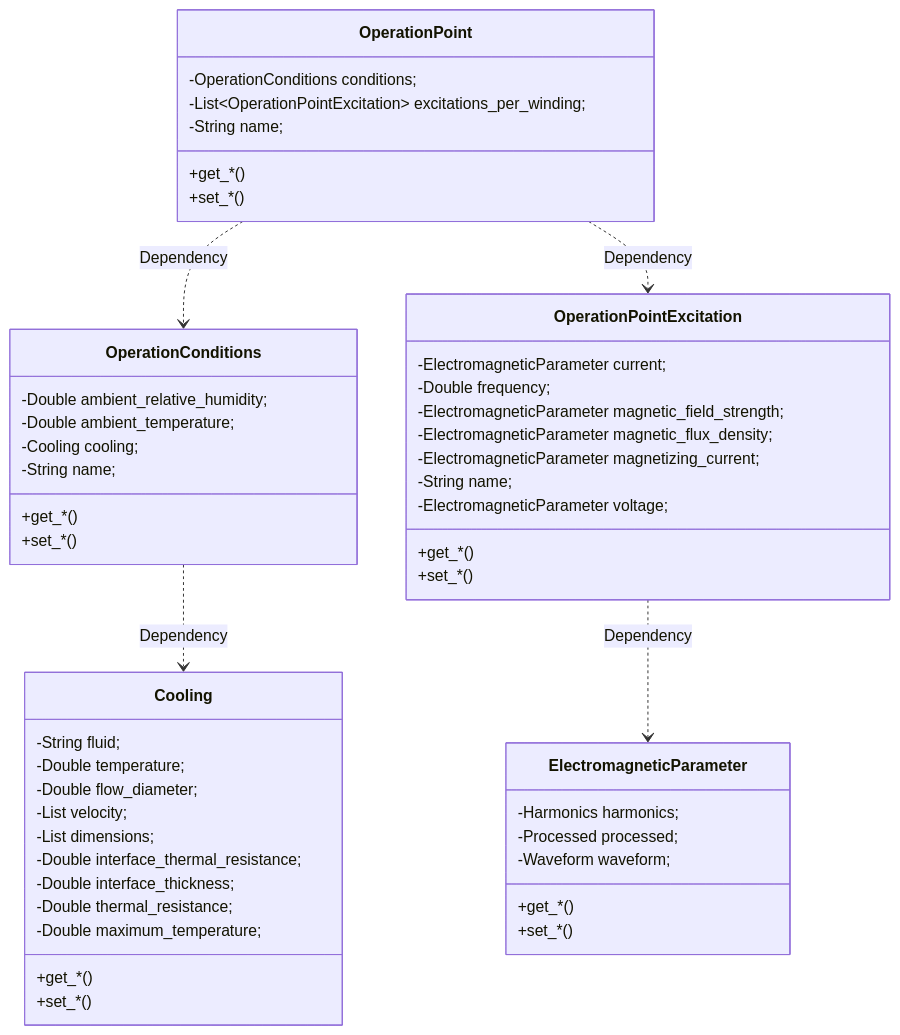
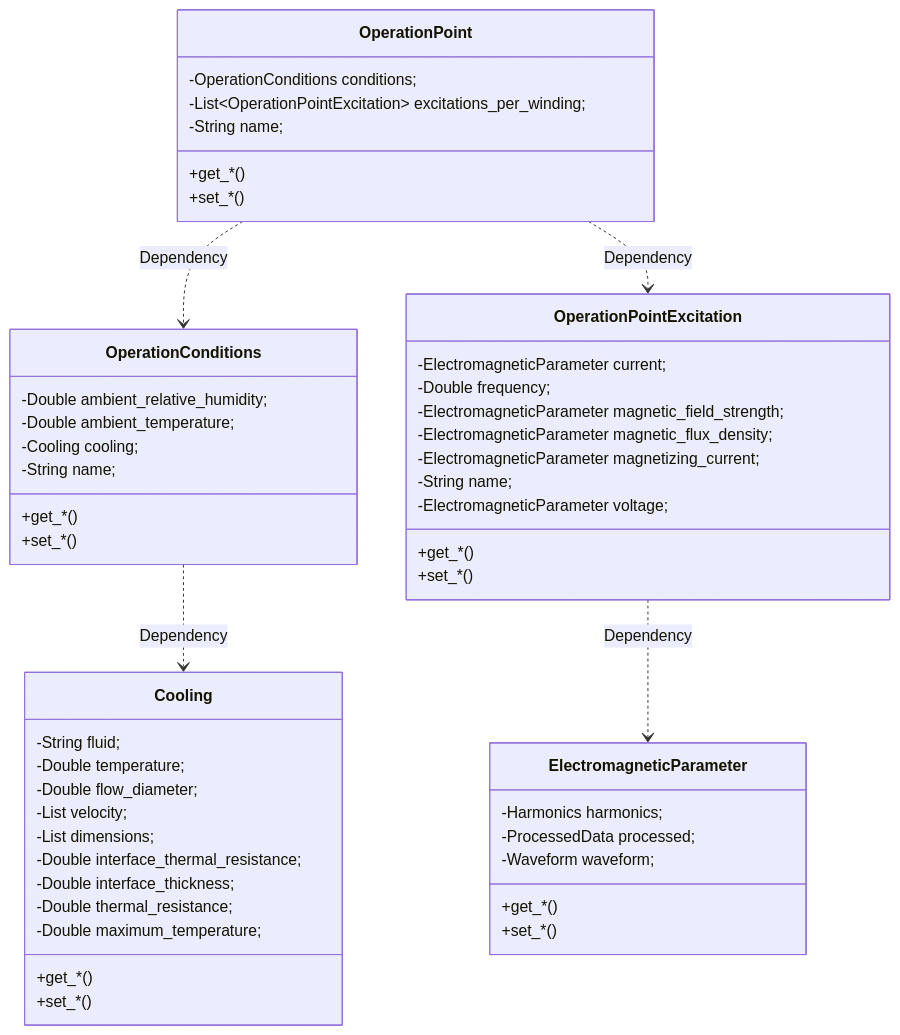
Before and after one commit to OpenMagnetics/MAS: the third of 4 diagrams in docs/inputs.md, drawn with Mermaid. The commit also changed other lines of this file and 13 other files, not shown here.

Commit message:
Renamed winding for coil, and Processed by ProcessedData in inputs

````diff
--- a/docs/inputs.md
+++ b/docs/inputs.md
@@ -225,72 +225,72 @@
 ```mermaid
 
 classDiagram
 
 class OperationPoint {
 
     -OperationConditions conditions;
     -List~OperationPointExcitation~ excitations_per_winding;
     -String name;
 
     +get_*()
     +set_*()
 }
 
 OperationPoint ..> OperationConditions : Dependency
 OperationPoint ..> OperationPointExcitation : Dependency
 
 class OperationConditions {
 
     -Double ambient_relative_humidity;
     -Double ambient_temperature;
     -Cooling cooling;
     -String name;
 
     +get_*()
     +set_*()
 }
 
 OperationConditions ..> Cooling : Dependency
 
 class Cooling {
 
     -String fluid;
     -Double temperature;
     -Double flow_diameter;
     -List<Double> velocity;
     -List<Double> dimensions;
     -Double interface_thermal_resistance;
     -Double interface_thickness;
     -Double thermal_resistance;
     -Double maximum_temperature;
 
     +get_*()
     +set_*()
 }
 
 class OperationPointExcitation {
 
     -ElectromagneticParameter current;
     -Double frequency;
     -ElectromagneticParameter magnetic_field_strength;
     -ElectromagneticParameter magnetic_flux_density;
     -ElectromagneticParameter magnetizing_current;
     -String name;
     -ElectromagneticParameter voltage;
 
     +get_*()
     +set_*()
 }
 
 OperationPointExcitation ..> ElectromagneticParameter : Dependency
 
 class ElectromagneticParameter {
 
     -Harmonics harmonics;
-    -Processed processed;
+    -ProcessedData processed;
     -Waveform waveform;
 
     +get_*()
     +set_*()
 }
 ```
````
